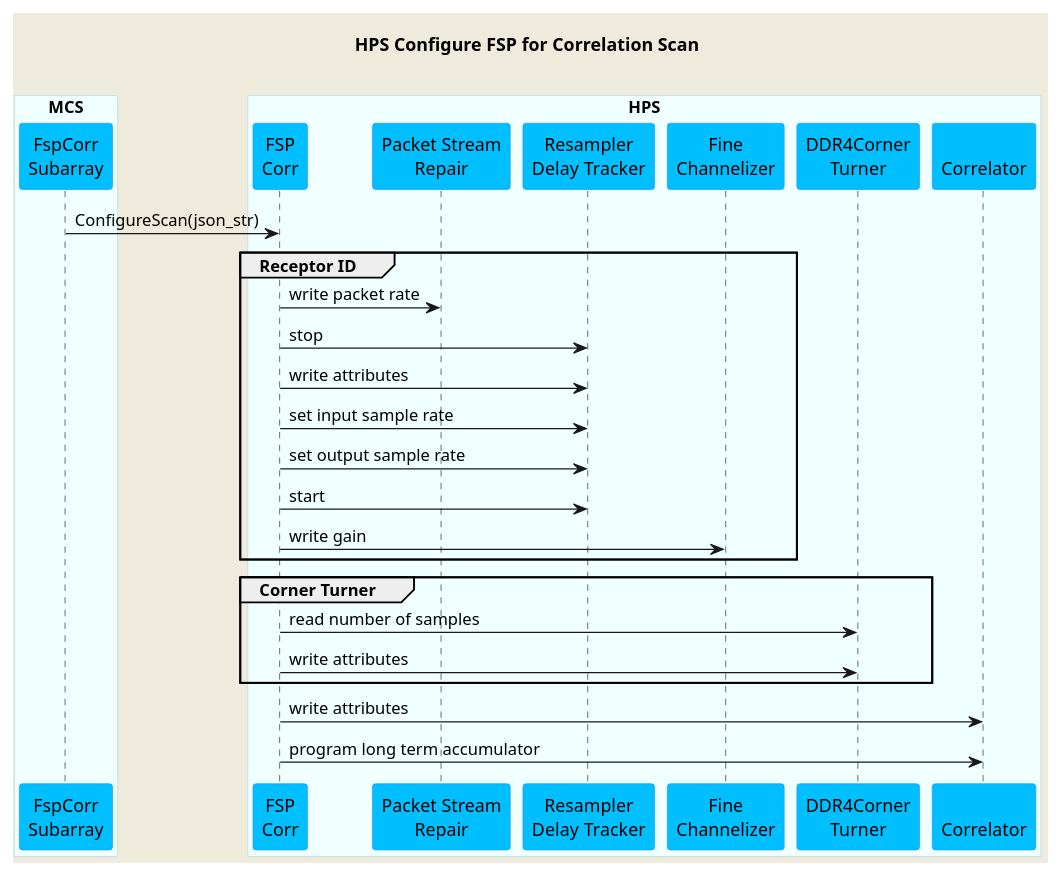
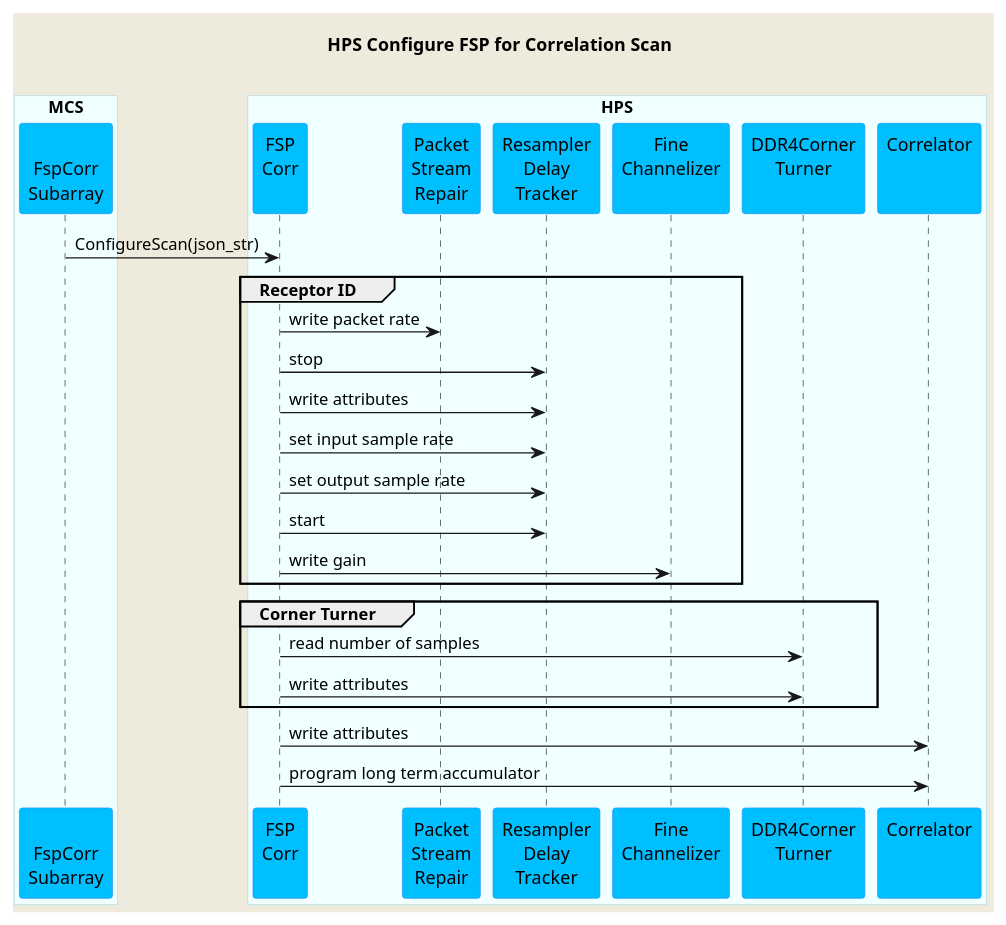
One commit to ska-telescope/mid-cbf-mcs changed the diagram in docs/src/diagrams/configure-scan-hps-fsp.puml. Above: the diagram before and after it, drawn with PlantUML. The commit also changed 7 other files, not shown here.

Commit message:
CIP-1612 Improve clarity of sequence diagrams

```diff
--- a/docs/src/diagrams/configure-scan-hps-fsp.puml
+++ b/docs/src/diagrams/configure-scan-hps-fsp.puml
@@ -1,49 +1,49 @@
 @startuml
 'https://plantuml.com/sequence-diagram
 
 skinparam backgroundColor #EEEBDC
 skinparam sequence {
 ParticipantBorderColor DodgerBlue
 ParticipantBackgroundColor DeepSkyBlue
 ActorBorderColor DarkGreen
 ActorBackgroundColor Green
 BoxBorderColor LightBlue
 BoxBackgroundColor #F0FFFF
 }
 
 title HPS Configure FSP for Correlation Scan\n
 
 box "MCS"
-participant "FspCorr\nSubarray" as fspcorr
+participant "\nFspCorr\nSubarray" as fspcorr
 end box
 
 box "HPS"
-participant "FSP\nCorr" as hpsfspcorr
-participant "Packet Stream\nRepair" as psr
-participant "Resampler\nDelay Tracker" as rdt
-participant "Fine\nChannelizer" as channelizer
-participant "DDR4Corner\nTurner" as dct
-participant "\nCorrelator" as correlator
+participant "FSP\nCorr\n" as hpsfspcorr
+participant "Packet\nStream\nRepair" as psr
+participant "Resampler\nDelay\nTracker" as rdt
+participant "Fine\nChannelizer\n" as channelizer
+participant "DDR4Corner\nTurner\n" as dct
+participant "Correlator\n\n" as correlator
 end box
 
 fspcorr     -> hpsfspcorr   : ConfigureScan(json_str)
 
 group Receptor ID
 hpsfspcorr  -> psr         : write packet rate
 hpsfspcorr  -> rdt         : stop
 hpsfspcorr  -> rdt         : write attributes
 hpsfspcorr  -> rdt         : set input sample rate
 hpsfspcorr  -> rdt         : set output sample rate
 hpsfspcorr  -> rdt         : start
 hpsfspcorr  -> channelizer : write gain
 end group
 
 group Corner Turner
 hpsfspcorr -> dct : read number of samples
 hpsfspcorr -> dct : write attributes
 end group
 
 hpsfspcorr -> correlator : write attributes
 hpsfspcorr -> correlator : program long term accumulator
 
 @enduml
```
